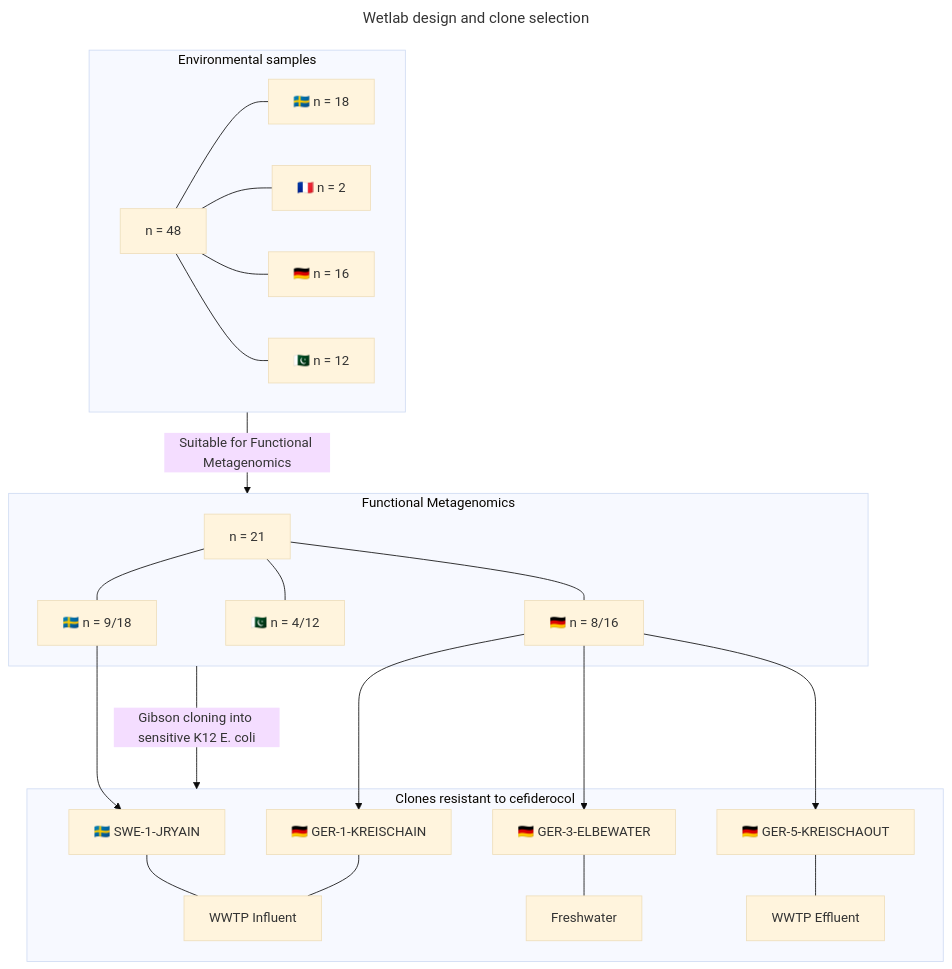
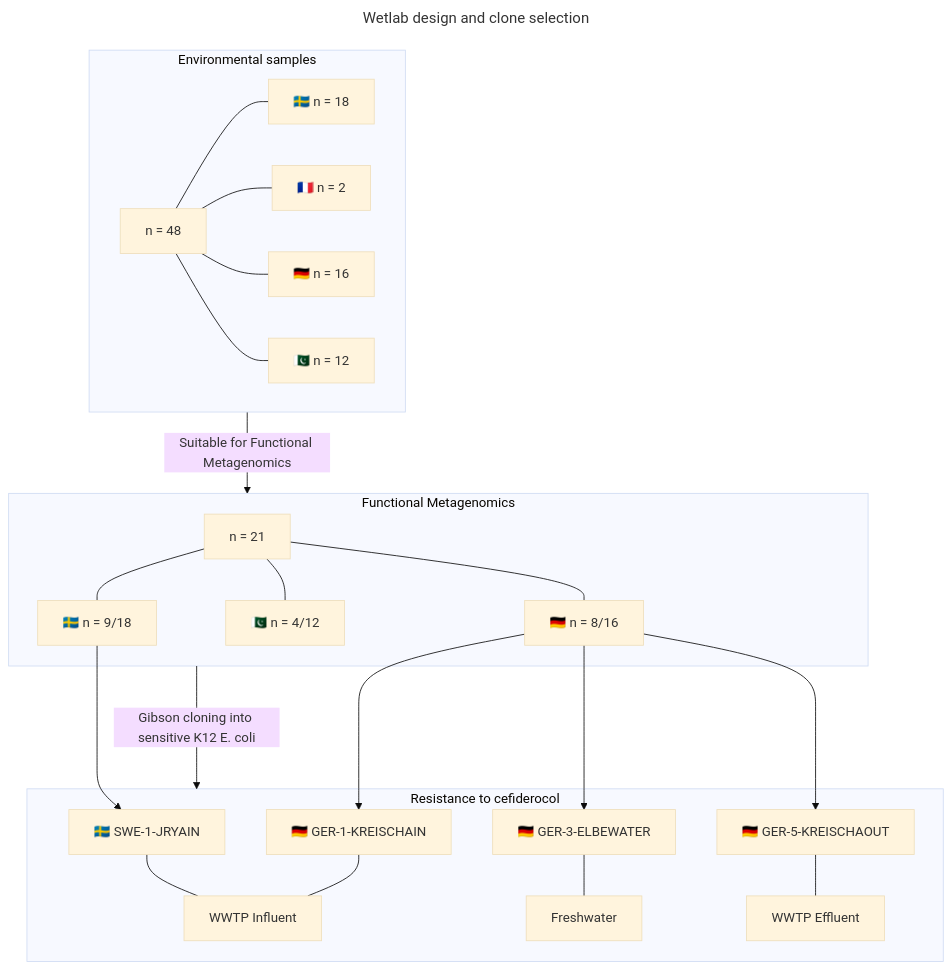
Before and after one commit to RemiGSC/Mgf_FDC: the first of 2 diagrams in README.md, drawn with Mermaid (base theme).

````diff
--- a/README.md
+++ b/README.md
@@ -7,35 +7,35 @@
 ```mermaid
 ---
 title: Wetlab design and clone selection
 ---
 flowchart TD
 	subgraph ev [Environmental samples]
 		A[n = 48] --- A1[🇸🇪 n = 18]
 		A --- A2[🇫🇷 n = 2]
 		A --- A3[🇩🇪 n = 16]
 		A --- A4[🇵🇰 n = 12]
 	end
 
 	subgraph fmg [Functional Metagenomics]
 		B[n = 21] --- B1[🇸🇪 n = 9/18]
 		B --- B3[🇩🇪 n = 8/16]
 		B --- B4[🇵🇰 n = 4/12]
 	end
 
-	subgraph Rcef [Clones resistant to cefiderocol]
+	subgraph Rcef [Resistance to cefiderocol]
 			C1[🇸🇪 SWE-1-JRYAIN] --- WWIN[WWTP Influent]
 			C3a[🇩🇪 GER-1-KREISCHAIN] --- WWIN[WWTP Influent]
 			C3b[🇩🇪 GER-3-ELBEWATER] --- Fresh[Freshwater]
 			C3c[🇩🇪 GER-5-KREISCHAOUT] --- WWEF[WWTP Effluent]
 	end
 
 
 ev -->|Suitable for Functional Metagenomics| fmg
 
 fmg -->|Gibson cloning into sensitive K12 E. coli| Rcef
 
 B1 ---> C1
 B3 ---> C3a
 B3 ---> C3b
 B3 ---> C3c
 ```
````
